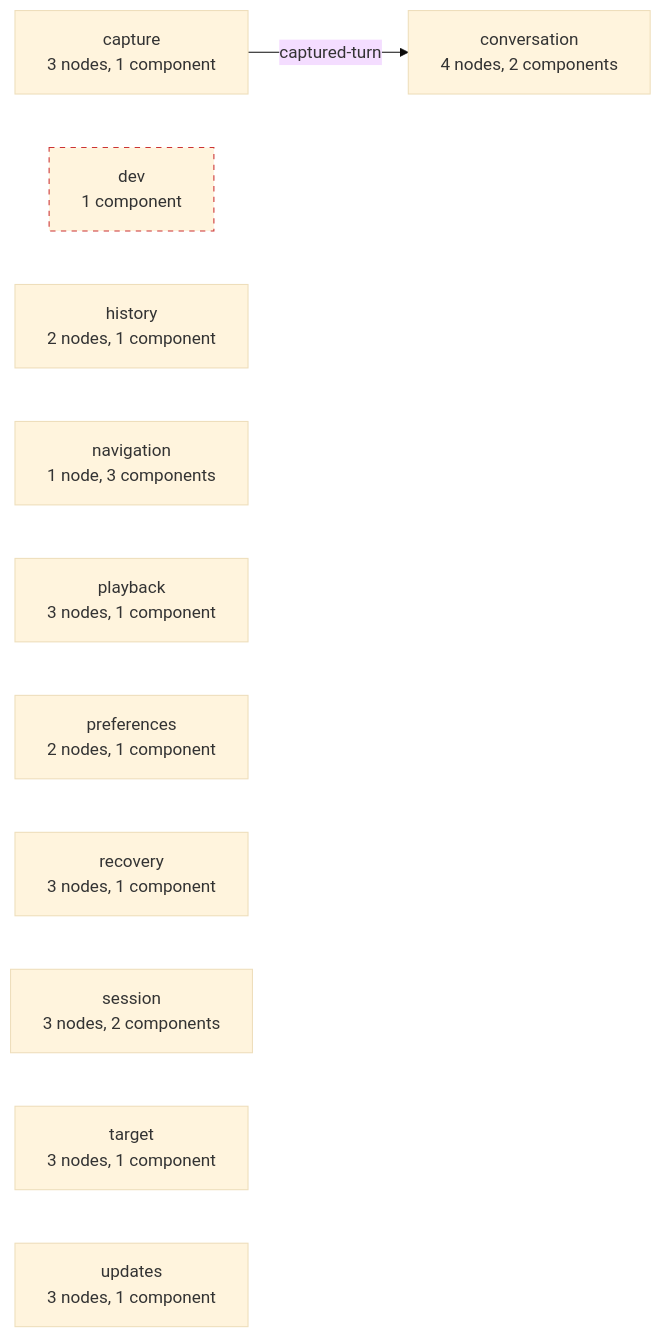
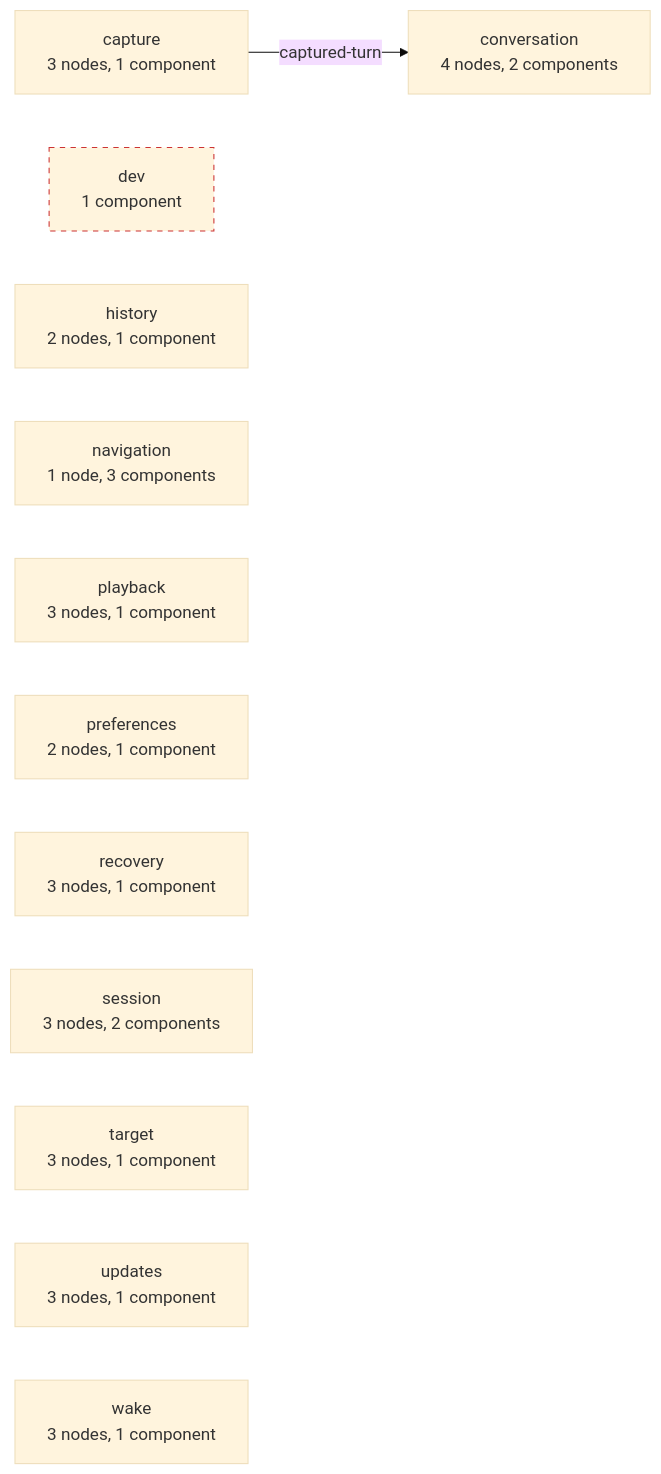
Before and after one commit to adelost/agentmux: the diagram in android/audio-inbox/product-spec/generated/link-product.domains.mmd, drawn with Mermaid (base theme). The commit also changed 57 other files, not shown here.

```diff
--- a/android/audio-inbox/product-spec/generated/link-product.domains.mmd
+++ b/android/audio-inbox/product-spec/generated/link-product.domains.mmd
@@ -1,22 +1,23 @@
 %% GENERATED FILE. DO NOT EDIT.
 %% GENERATED FROM product-spec/generated/link-product.json (port bindings) and
 %% product-spec/src/capabilities.ts (STATE_FEEDBACK rows, dashed).
 %% A dashed red domain has no port binding at all, not even inside itself: nothing
 %% reaches it and it reaches nothing. A domain wired only inside itself is an island
 %% and is drawn like any other; islands are modules, not debt. A dashed edge is
 %% state read or written without a port: the distance between the declared graph
 %% and the app.
 graph LR
   capture["capture<br/>3 nodes, 1 component"]
   conversation["conversation<br/>4 nodes, 2 components"]
   dev["dev<br/>1 component"]
   history["history<br/>2 nodes, 1 component"]
   navigation["navigation<br/>1 node, 3 components"]
   playback["playback<br/>3 nodes, 1 component"]
   preferences["preferences<br/>2 nodes, 1 component"]
   recovery["recovery<br/>3 nodes, 1 component"]
   session["session<br/>3 nodes, 2 components"]
   target["target<br/>3 nodes, 1 component"]
   updates["updates<br/>3 nodes, 1 component"]
+  wake["wake<br/>3 nodes, 1 component"]
   capture -->|"captured-turn"| conversation
   style dev stroke-dasharray: 5 5,stroke:#c33
```
